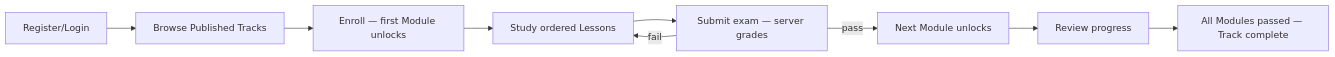
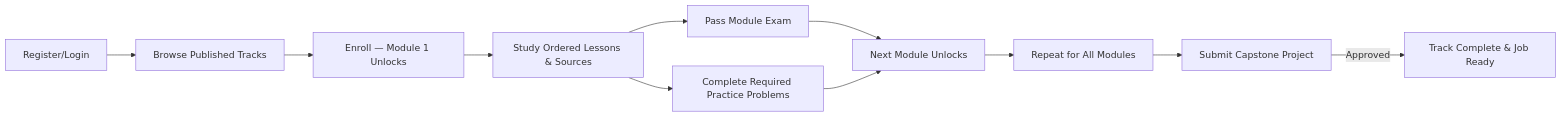
The seventh of 7 diagrams in docs/business/WORKFLOWS.md (Tawjjeh/TalebElm), drawn with Mermaid before and after one commit. The commit also changed other lines of this file and 2 other files, not shown here.

````diff
--- a/docs/business/WORKFLOWS.md
+++ b/docs/business/WORKFLOWS.md
@@ -79,11 +148,12 @@
 ```mermaid
 flowchart LR
     R[Register/Login] --> B[Browse Published Tracks]
-    B --> E[Enroll — first Module unlocks]
-    E --> S[Study ordered Lessons]
-    S --> X[Submit exam — server grades]
-    X -- pass --> N[Next Module unlocks]
-    X -- fail --> S
-    N --> V[Review progress]
-    V --> DONE[All Modules passed — Track complete]
+    B --> E[Enroll — Module 1 Unlocks]
+    E --> S[Study Ordered Lessons & Sources]
+    S --> X[Pass Module Exam]
+    S --> P[Complete Required Practice Problems]
+    X & P --> N[Next Module Unlocks]
+    N --> V[Repeat for All Modules]
+    V --> CAP[Submit Capstone Project]
+    CAP -- Approved --> DONE[Track Complete & Job Ready]
 ```
````
